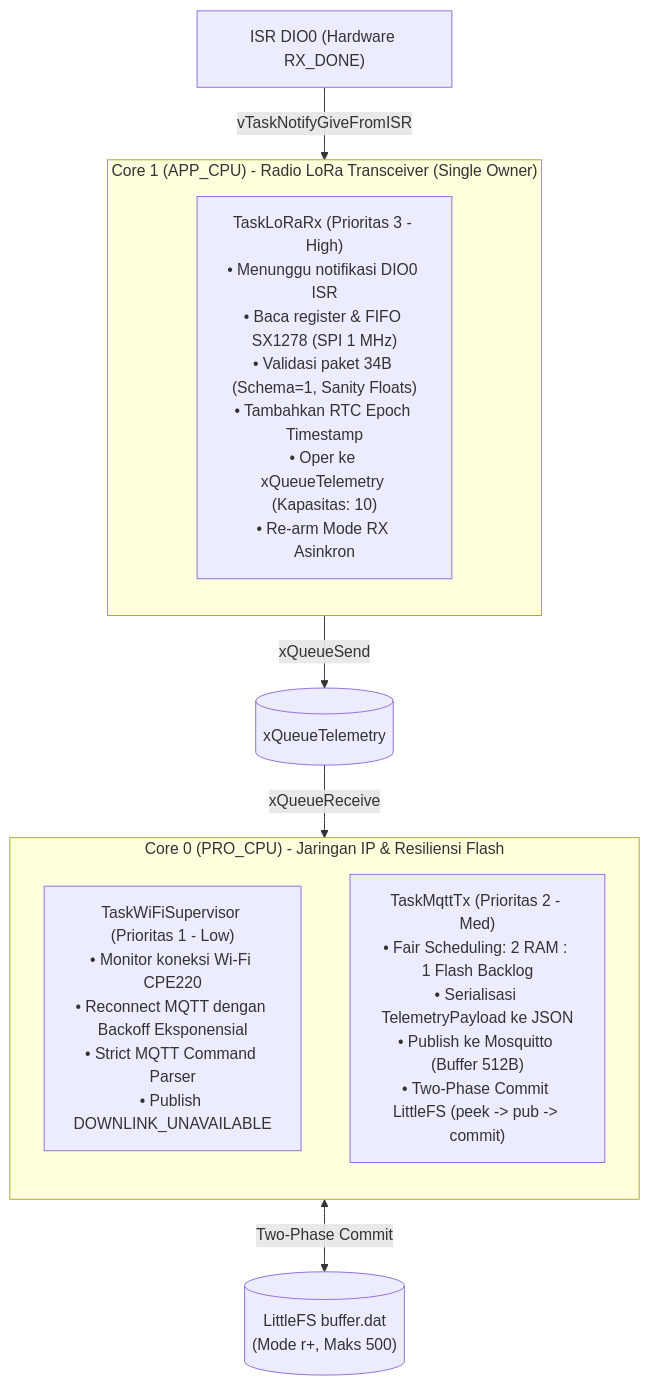
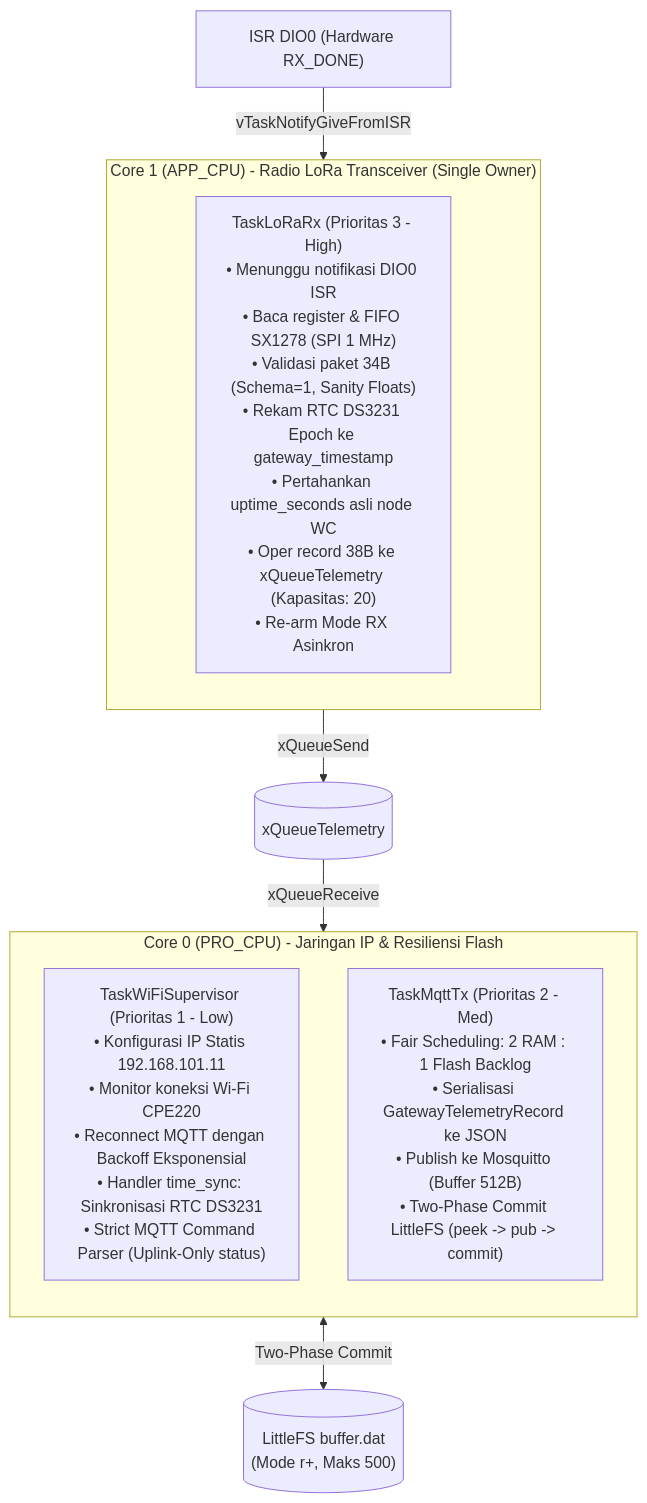
Before and after one commit to DHard4114/DESPRO-4: the second of 3 diagrams in src/firmware/gateway/docs/README.md, drawn with Mermaid. The commit also changed other lines of this file and 6 other files, not shown here.

Commit message:
feat(gateway): implement static IP, separate time sync, uptime preservation, and secure local config

````diff
--- a/src/firmware/gateway/docs/README.md
+++ b/src/firmware/gateway/docs/README.md
@@ -66,18 +103,18 @@
 ```mermaid
 flowchart TB
     subgraph Core1["Core 1 (APP_CPU) - Radio LoRa Transceiver (Single Owner)"]
         direction TB
-        T_RX["TaskLoRaRx (Prioritas 3 - High)<br/>• Menunggu notifikasi DIO0 ISR<br/>• Baca register & FIFO SX1278 (SPI 1 MHz)<br/>• Validasi paket 34B (Schema=1, Sanity Floats)<br/>• Tambahkan RTC Epoch Timestamp<br/>• Oper ke xQueueTelemetry (Kapasitas: 10)<br/>• Re-arm Mode RX Asinkron"]
+        T_RX["TaskLoRaRx (Prioritas 3 - High)<br/>• Menunggu notifikasi DIO0 ISR<br/>• Baca register & FIFO SX1278 (SPI 1 MHz)<br/>• Validasi paket 34B (Schema=1, Sanity Floats)<br/>• Rekam RTC DS3231 Epoch ke gateway_timestamp<br/>• Pertahankan uptime_seconds asli node WC<br/>• Oper record 38B ke xQueueTelemetry (Kapasitas: 20)<br/>• Re-arm Mode RX Asinkron"]
     end
 
     subgraph Core0["Core 0 (PRO_CPU) - Jaringan IP & Resiliensi Flash"]
         direction TB
-        T_WIFI["TaskWiFiSupervisor (Prioritas 1 - Low)<br/>• Monitor koneksi Wi-Fi CPE220<br/>• Reconnect MQTT dengan Backoff Eksponensial<br/>• Strict MQTT Command Parser<br/>• Publish DOWNLINK_UNAVAILABLE"]
-        T_MQTT["TaskMqttTx (Prioritas 2 - Med)<br/>• Fair Scheduling: 2 RAM : 1 Flash Backlog<br/>• Serialisasi TelemetryPayload ke JSON<br/>• Publish ke Mosquitto (Buffer 512B)<br/>• Two-Phase Commit LittleFS (peek -> pub -> commit)"]
+        T_WIFI["TaskWiFiSupervisor (Prioritas 1 - Low)<br/>• Konfigurasi IP Statis 192.168.101.11<br/>• Monitor koneksi Wi-Fi CPE220<br/>• Reconnect MQTT dengan Backoff Eksponensial<br/>• Handler time_sync: Sinkronisasi RTC DS3231<br/>• Strict MQTT Command Parser (Uplink-Only status)"]
+        T_MQTT["TaskMqttTx (Prioritas 2 - Med)<br/>• Fair Scheduling: 2 RAM : 1 Flash Backlog<br/>• Serialisasi GatewayTelemetryRecord ke JSON<br/>• Publish ke Mosquitto (Buffer 512B)<br/>• Two-Phase Commit LittleFS (peek -> pub -> commit)"]
     end
 
     ISR_DIO0["ISR DIO0 (Hardware RX_DONE)"] -->|vTaskNotifyGiveFromISR| T_RX
     T_RX -->|xQueueSend| Q_TEL[(xQueueTelemetry)]
     Q_TEL -->|xQueueReceive| T_MQTT
     T_MQTT <-->|Two-Phase Commit| LFS[("LittleFS buffer.dat<br/>(Mode r+, Maks 500)")]
 ```
````
